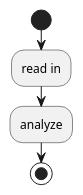
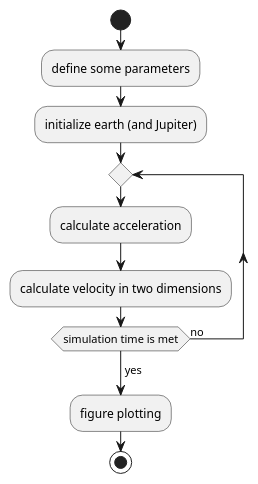
The diagram in doc/plan.md (bszeitz/progr_forms), drawn with PlantUML before and after one commit.

````diff
--- a/doc/plan.md
+++ b/doc/plan.md
@@ -1,6 +1,20 @@
+```plantuml
+
 @startuml
+
 start
-:read in;
-:analyze;
+
+:define some parameters;
+:initialize earth (and Jupiter);
+
+repeat
+  :calculate acceleration;
+  :calculate velocity in two dimensions;
+
+repeat while (simulation time is met) is (no)
+->yes;
+:figure plotting;
 stop
+
 @enduml
+```
````
